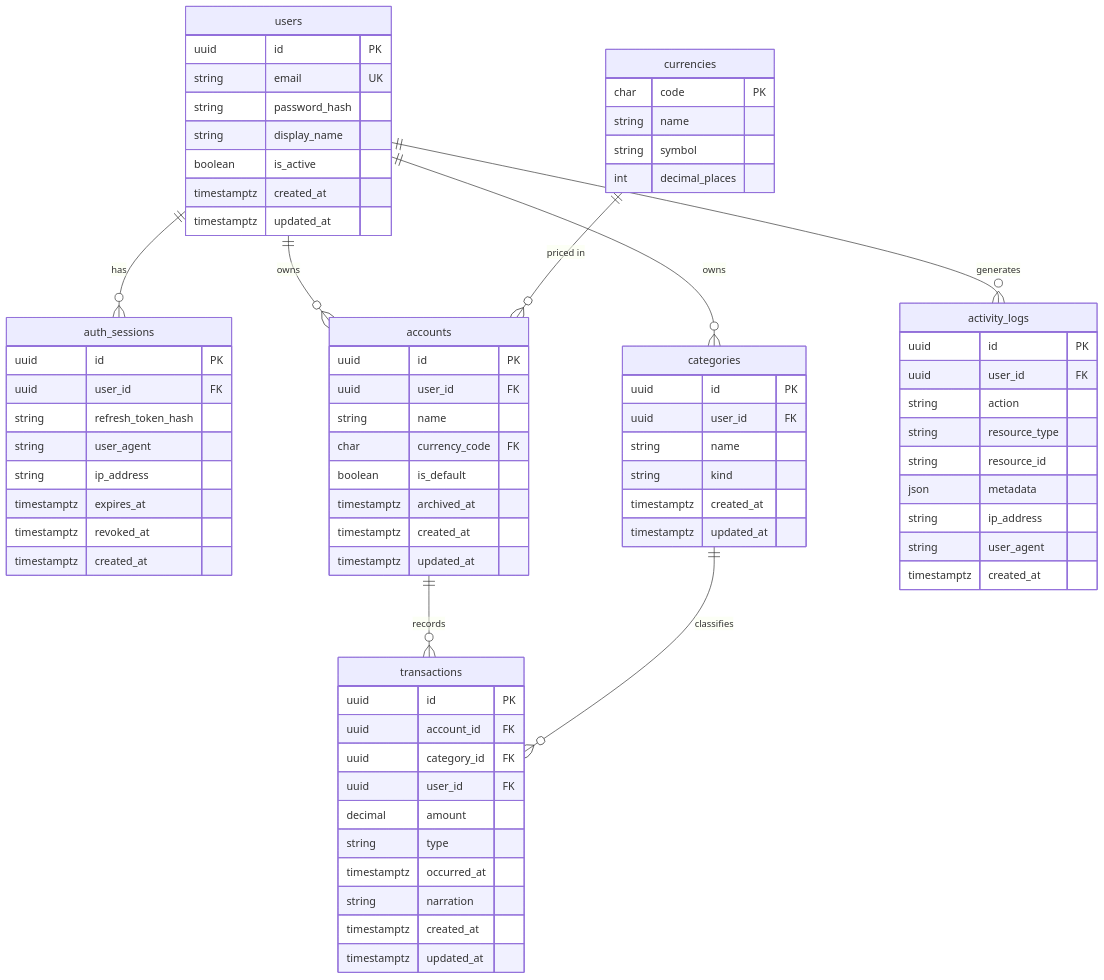
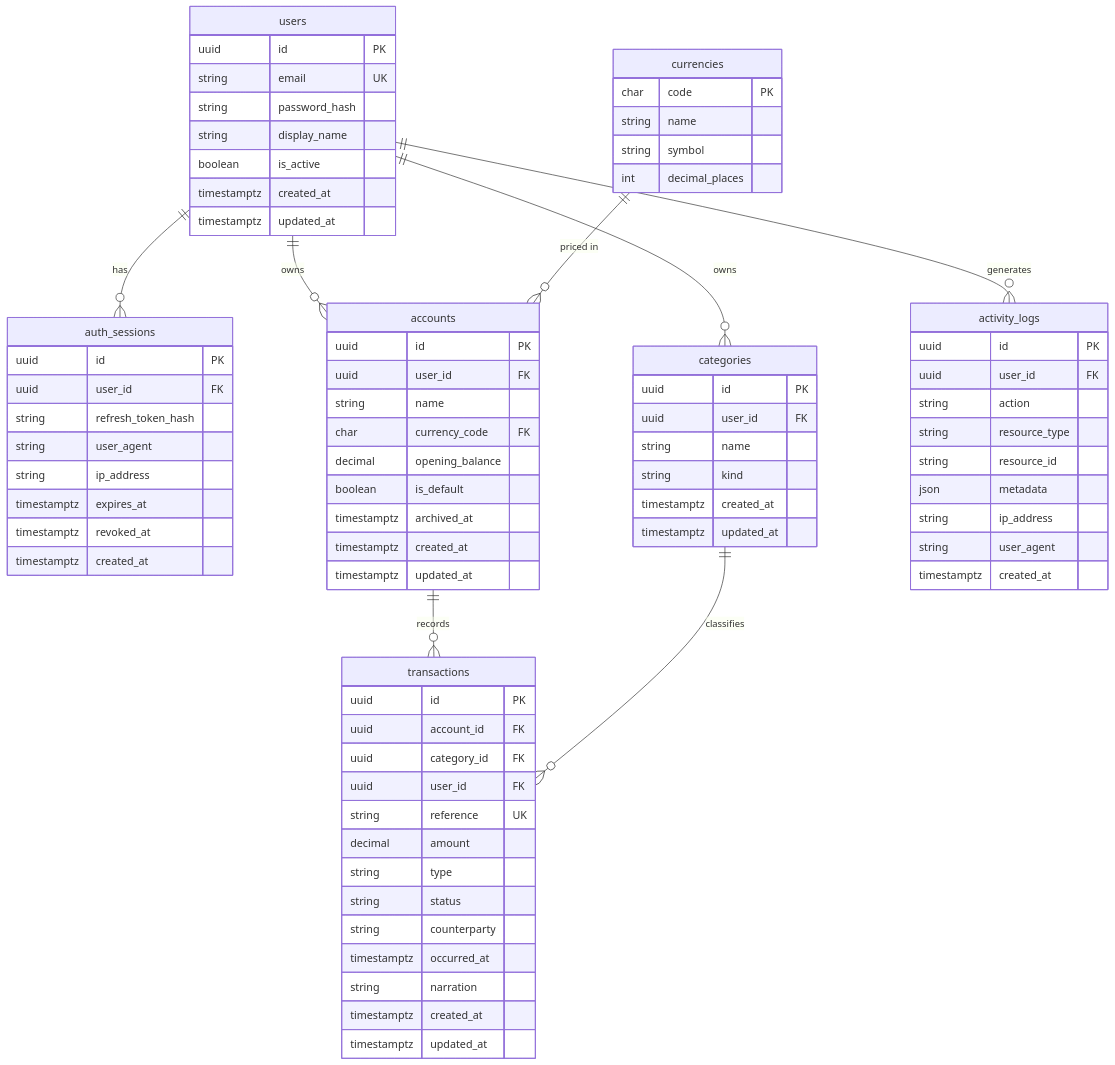
Before and after one commit to Frank14b/qashio-back: the second of 6 diagrams in docs/database-and-auth.md, drawn with Mermaid. The commit also changed other lines of this file and 74 other files, not shown here.

```diff
--- a/docs/database-and-auth.md
+++ b/docs/database-and-auth.md
@@ -102,6 +102,7 @@
     uuid user_id FK
     string name
     char currency_code FK
+    decimal opening_balance
     boolean is_default
     timestamptz archived_at
     timestamptz created_at
@@ -122,8 +123,11 @@
     uuid account_id FK
     uuid category_id FK
     uuid user_id FK
+    string reference UK
     decimal amount
     string type
+    string status
+    string counterparty
     timestamptz occurred_at
     string narration
     timestamptz created_at
```
